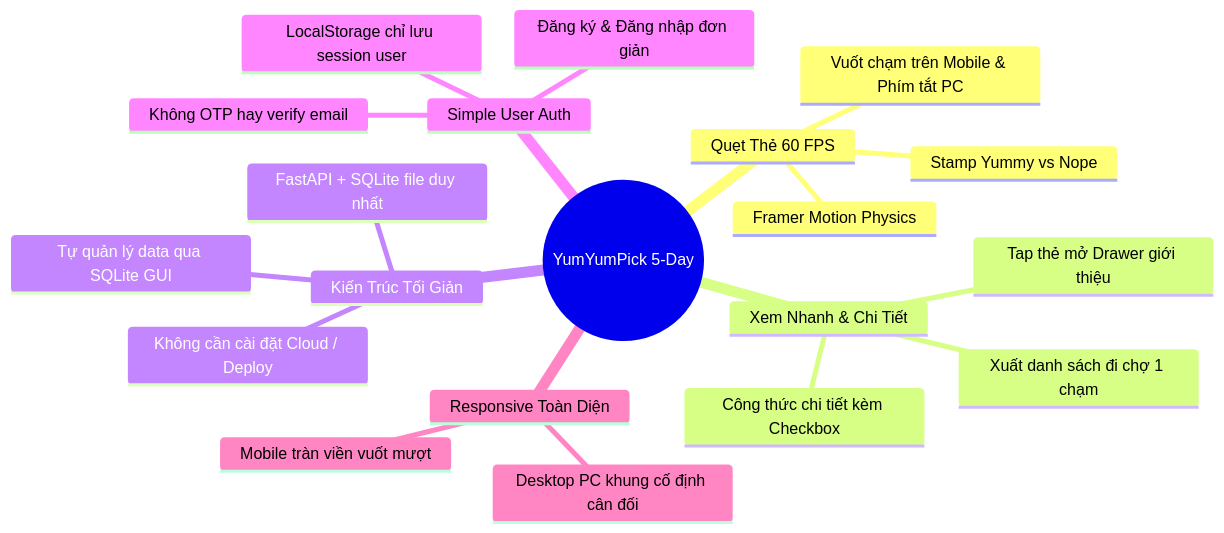
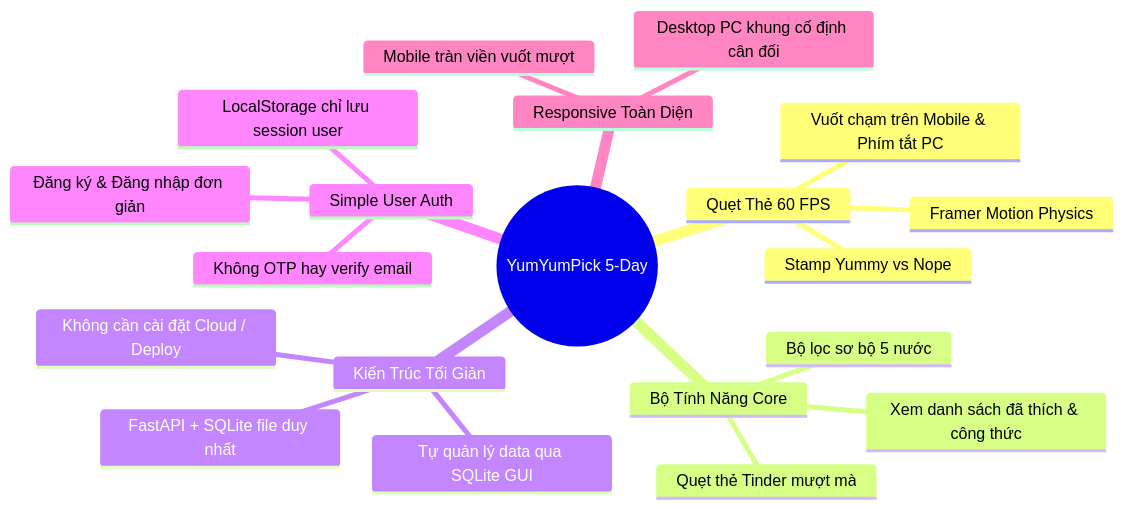
One commit to snowwminhduc1212/YumYumPick changed the second of 3 diagrams in docs/00_PROJECT_OVERVIEW.md. Above: the diagram before and after it, drawn with Mermaid. The commit also changed other lines of this file and 9 other files, not shown here.

````diff
--- a/docs/00_PROJECT_OVERVIEW.md
+++ b/docs/00_PROJECT_OVERVIEW.md
@@ -39,23 +39,23 @@
 ```mermaid
 mindmap
   root((YumYumPick 5-Day))
     Quẹt Thẻ 60 FPS
       Framer Motion Physics
       Stamp Yummy vs Nope
       Vuốt chạm trên Mobile & Phím tắt PC
-    Xem Nhanh & Chi Tiết
-      Tap thẻ mở Drawer giới thiệu
-      Công thức chi tiết kèm Checkbox
-      Xuất danh sách đi chợ 1 chạm
+    Bộ Tính Năng Core
+      Quẹt thẻ Tinder mượt mà
+      Bộ lọc sơ bộ 5 nước
+      Xem danh sách đã thích & công thức
     Kiến Trúc Tối Giản
       FastAPI + SQLite file duy nhất
       Không cần cài đặt Cloud / Deploy
       Tự quản lý data qua SQLite GUI
     Simple User Auth
       Đăng ký & Đăng nhập đơn giản
       Không OTP hay verify email
       LocalStorage chỉ lưu session user
     Responsive Toàn Diện
       Mobile tràn viền vuốt mượt
       Desktop PC khung cố định cân đối
 ```
````
